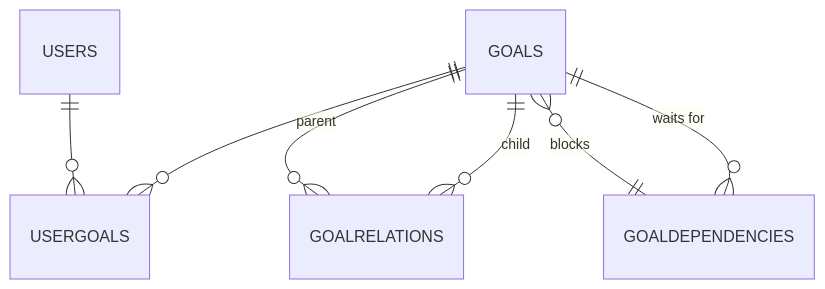
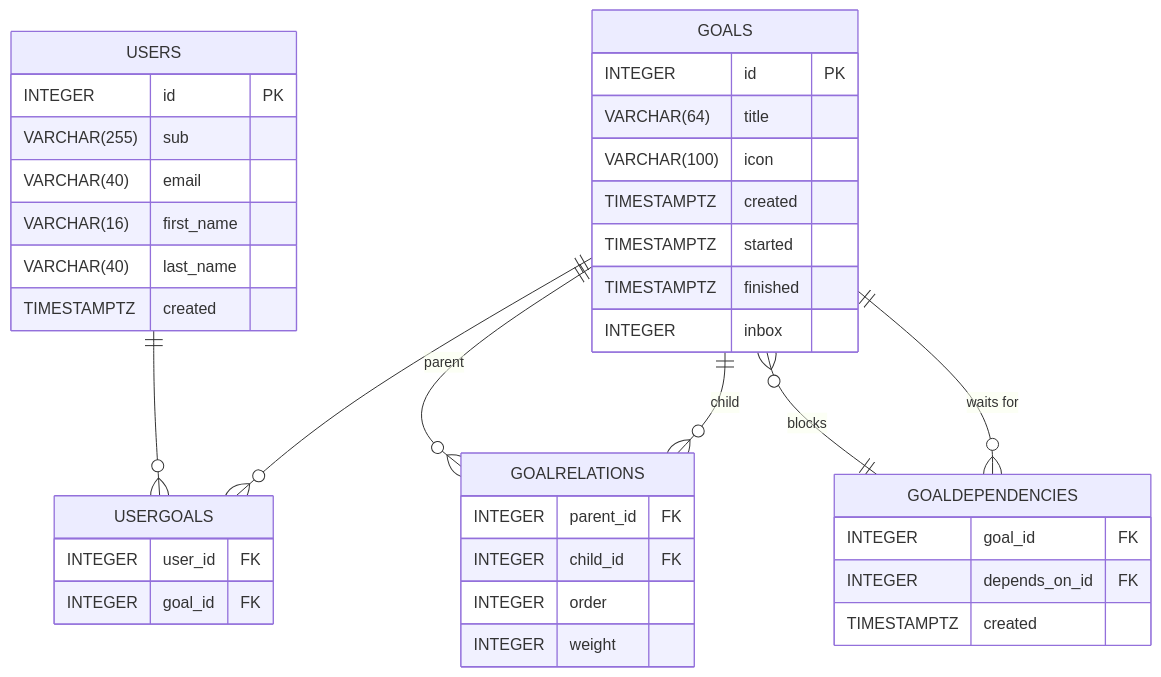
The diagram in README.md (simonbrundin/plan), drawn with Mermaid before and after one commit. The commit also changed other lines of this file, not shown here.

Commit message:
fix: use actual SQL types (INTEGER, VARCHAR, TIMESTAMPTZ) in diagram

````diff
--- a/README.md
+++ b/README.md
@@ -15,9 +15,41 @@
 ```mermaid
 erDiagram
+    USERS {
+        INTEGER id PK
+        VARCHAR(255) sub
+        VARCHAR(40) email
+        VARCHAR(16) first_name
+        VARCHAR(40) last_name
+        TIMESTAMPTZ created
+    }
+    GOALS {
+        INTEGER id PK
+        VARCHAR(64) title
+        VARCHAR(100) icon
+        TIMESTAMPTZ created
+        TIMESTAMPTZ started
+        TIMESTAMPTZ finished
+        INTEGER inbox
+    }
+    USERGOALS {
+        INTEGER user_id FK
+        INTEGER goal_id FK
+    }
+    GOALRELATIONS {
+        INTEGER parent_id FK
+        INTEGER child_id FK
+        INTEGER order
+        INTEGER weight
+    }
+    GOALDEPENDENCIES {
+        INTEGER goal_id FK
+        INTEGER depends_on_id FK
+        TIMESTAMPTZ created
+    }
     USERS ||--o{ USERGOALS : ""
     GOALS ||--o{ USERGOALS : ""
     GOALS ||--o{ GOALRELATIONS : "parent"
     GOALS ||--o{ GOALRELATIONS : "child"
     GOALDEPENDENCIES }o--|| GOALS : "waits for"
     GOALS }o--|| GOALDEPENDENCIES : "blocks"
 ```
````
